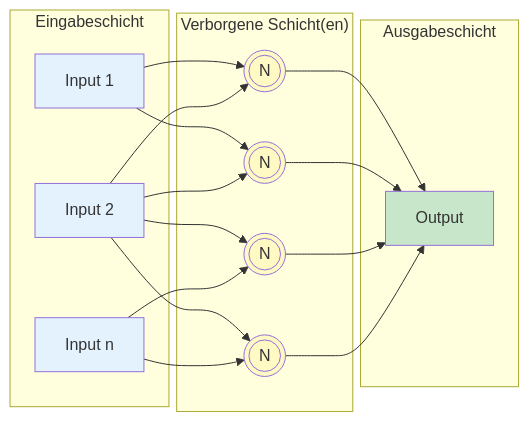
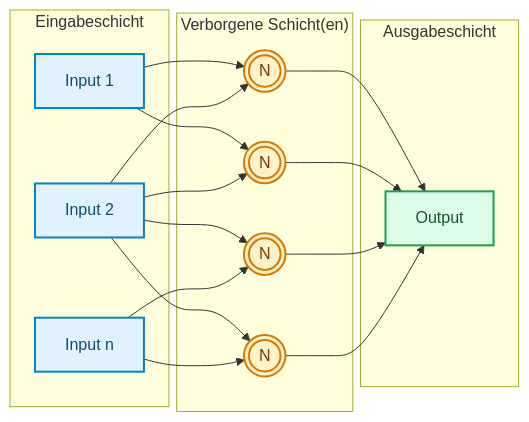
Before and after one commit to ralf-42/ML_Intro: the first of 6 diagrams in docs/concepts/modeling/neuronale-netze.md, drawn with Mermaid. The commit also changed other lines of this file and 67 other files, not shown here.

````diff
--- a/docs/concepts/modeling/neuronale-netze.md
+++ b/docs/concepts/modeling/neuronale-netze.md
@@ -30,37 +30,34 @@
 ```mermaid
 flowchart LR
     subgraph Input["Eingabeschicht"]
         I1["Input 1"]
         I2["Input 2"]
         I3["Input n"]
     end
     
     subgraph Hidden["Verborgene Schicht(en)"]
         H1((("N")))
         H2((("N")))
         H3((("N")))
         H4((("N")))
     end
     
     subgraph Output["Ausgabeschicht"]
         O1["Output"]
     end
     
     I1 --> H1 & H2
     I2 --> H1 & H2 & H3 & H4
     I3 --> H3 & H4
     
     H1 --> O1
     H2 --> O1
     H3 --> O1
     H4 --> O1
-    
-    style I1 fill:#e3f2fd
-    style I2 fill:#e3f2fd
-    style I3 fill:#e3f2fd
-    style H1 fill:#fff9c4
-    style H2 fill:#fff9c4
-    style H3 fill:#fff9c4
-    style H4 fill:#fff9c4
-    style O1 fill:#c8e6c9
+
+    classDef default fill:#e0f2fe,stroke:#0284c7,stroke-width:2px,color:#0c4a6e;
+    classDef metric fill:#fef3c7,stroke:#d97706,stroke-width:2px,color:#78350f;
+    classDef output fill:#dcfce7,stroke:#16a34a,stroke-width:2px,color:#14532d;
+    class H1,H2,H3,H4 metric;
+    class O1 output;
 ```
````
